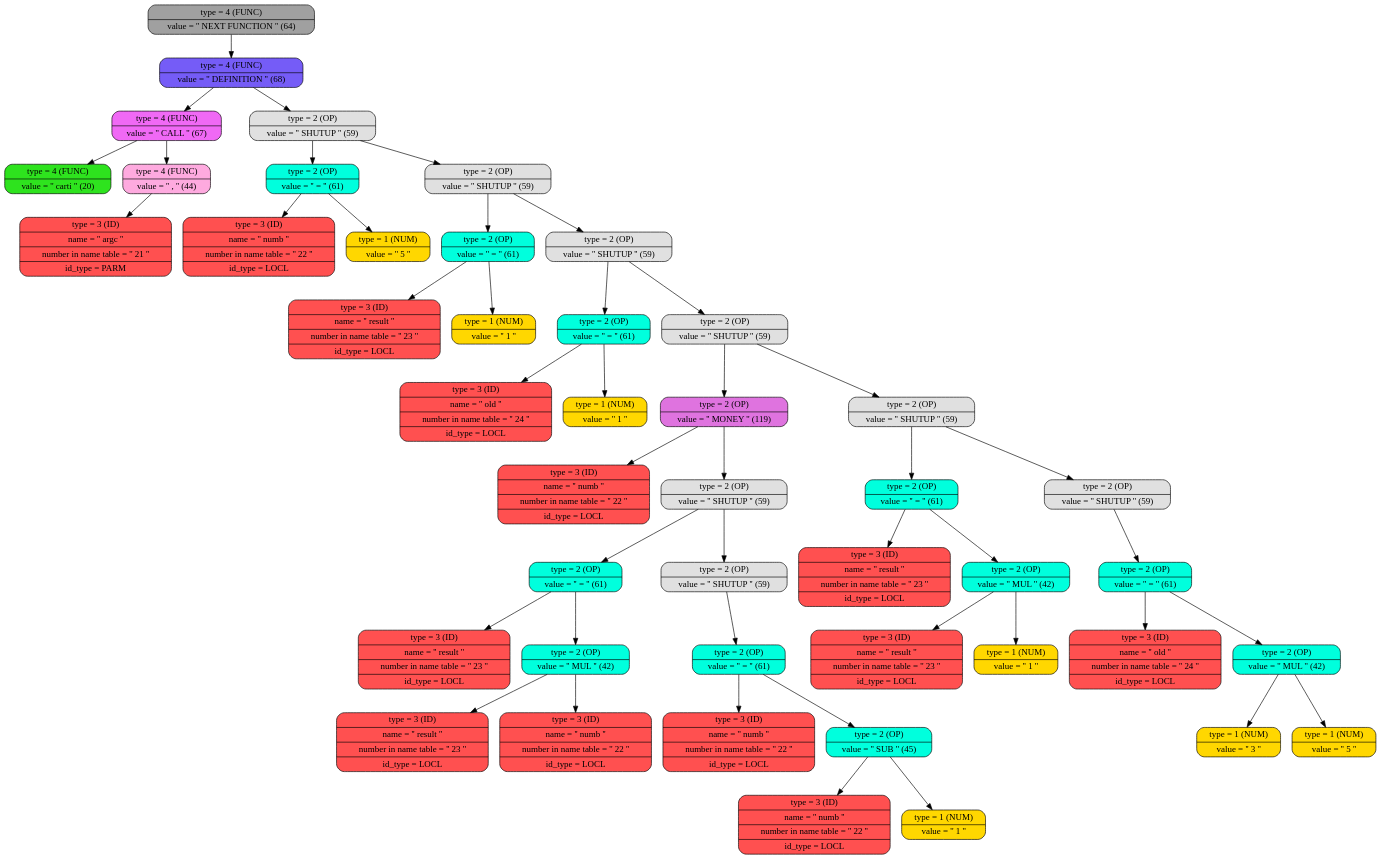
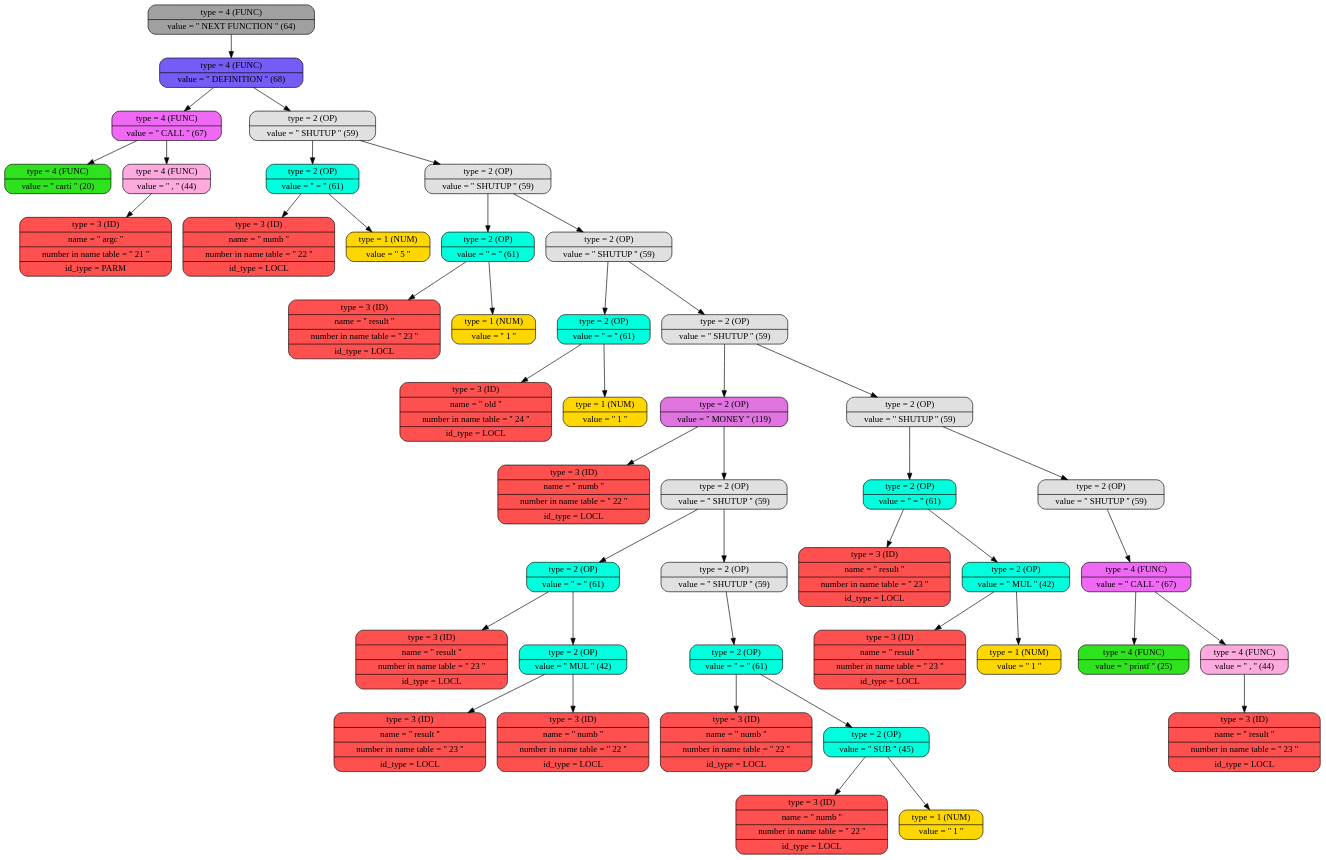
One commit to daniilgriga/MyProgrammingLanguage changed the diagram in log/graph_tree.dot. Above: the diagram before and after it, drawn with Graphviz. The commit also changed 14 other files, not shown here.

```diff
--- a/log/graph_tree.dot
+++ b/log/graph_tree.dot
@@ -1,94 +1,92 @@
 digraph
 {
 bgcolor="transparent"
-node0x503000000880 [shape=Mrecord; label = " { type = 4 (FUNC) | value = '' NEXT FUNCTION ''  (64) }"; style = filled; fillcolor = "#A0A0A0"];
-node0x503000000880 -> node0x503000000850;
-node0x503000000850 [shape=Mrecord; label = " { type = 4 (FUNC) | value = '' DEFINITION ''  (68) }"; style = filled; fillcolor = "#755CF7"];
-node0x503000000850 -> node0x5030000000d0;
-node0x503000000850 -> node0x503000000190;
+node0x503000000850 [shape=Mrecord; label = " { type = 4 (FUNC) | value = '' NEXT FUNCTION ''  (64) }"; style = filled; fillcolor = "#A0A0A0"];
+node0x503000000850 -> node0x503000000820;
+node0x503000000820 [shape=Mrecord; label = " { type = 4 (FUNC) | value = '' DEFINITION ''  (68) }"; style = filled; fillcolor = "#755CF7"];
+node0x503000000820 -> node0x5030000000d0;
+node0x503000000820 -> node0x503000000190;
 node0x5030000000d0 [shape=Mrecord; label = " { type = 4 (FUNC) | value = '' CALL ''  (67) }"; style = filled; fillcolor = "#F069F5"];
 node0x5030000000d0 -> node0x503000000040;
 node0x5030000000d0 -> node0x5030000000a0;
 node0x503000000040 [shape=Mrecord; label = " { type = 4 (FUNC) | value = '' carti ''  (20) }"; style = filled; fillcolor = "#2EE31E"];
 node0x5030000000a0 [shape=Mrecord; label = " { type = 4 (FUNC) | value = '' , ''  (44) }"; style = filled; fillcolor = "#FEAADF"];
 node0x5030000000a0 -> node0x503000000070;
 node0x503000000070 [shape=Mrecord; label = " { type = 3 (ID)  | name = '' argc '' | number in name table = '' 21 '' | id_type = PARM }"; style = filled; fillcolor = "#FF5050"];
 node0x503000000190 [shape=Mrecord; label = " { type = 2 (OP)   | value = '' SHUTUP ''  (59) }"; style = filled; fillcolor = "#E0E0E0"];
 node0x503000000190 -> node0x503000000160;
 node0x503000000190 -> node0x503000000250;
 node0x503000000160 [shape=Mrecord; label = " { type = 2 (OP)   | value = '' = ''  (61) }"; style = filled; fillcolor = "#00FFDD"];
 node0x503000000160 -> node0x503000000100;
 node0x503000000160 -> node0x503000000130;
 node0x503000000100 [shape=Mrecord; label = " { type = 3 (ID)  | name = '' numb '' | number in name table = '' 22 '' | id_type = LOCL }"; style = filled; fillcolor = "#FF5050"];
 node0x503000000130 [shape=Mrecord; label = " { type = 1 (NUM)  | value = '' 5 '' }"; style = filled; fillcolor = "#FFD700"];
 node0x503000000250 [shape=Mrecord; label = " { type = 2 (OP)   | value = '' SHUTUP ''  (59) }"; style = filled; fillcolor = "#E0E0E0"];
 node0x503000000250 -> node0x503000000220;
 node0x503000000250 -> node0x503000000310;
 node0x503000000220 [shape=Mrecord; label = " { type = 2 (OP)   | value = '' = ''  (61) }"; style = filled; fillcolor = "#00FFDD"];
 node0x503000000220 -> node0x5030000001c0;
 node0x503000000220 -> node0x5030000001f0;
 node0x5030000001c0 [shape=Mrecord; label = " { type = 3 (ID)  | name = '' result '' | number in name table = '' 23 '' | id_type = LOCL }"; style = filled; fillcolor = "#FF5050"];
 node0x5030000001f0 [shape=Mrecord; label = " { type = 1 (NUM)  | value = '' 1 '' }"; style = filled; fillcolor = "#FFD700"];
 node0x503000000310 [shape=Mrecord; label = " { type = 2 (OP)   | value = '' SHUTUP ''  (59) }"; style = filled; fillcolor = "#E0E0E0"];
 node0x503000000310 -> node0x5030000002e0;
 node0x503000000310 -> node0x5030000005e0;
 node0x5030000002e0 [shape=Mrecord; label = " { type = 2 (OP)   | value = '' = ''  (61) }"; style = filled; fillcolor = "#00FFDD"];
 node0x5030000002e0 -> node0x503000000280;
 node0x5030000002e0 -> node0x5030000002b0;
 node0x503000000280 [shape=Mrecord; label = " { type = 3 (ID)  | name = '' old '' | number in name table = '' 24 '' | id_type = LOCL }"; style = filled; fillcolor = "#FF5050"];
 node0x5030000002b0 [shape=Mrecord; label = " { type = 1 (NUM)  | value = '' 1 '' }"; style = filled; fillcolor = "#FFD700"];
 node0x5030000005e0 [shape=Mrecord; label = " { type = 2 (OP)   | value = '' SHUTUP ''  (59) }"; style = filled; fillcolor = "#E0E0E0"];
 node0x5030000005e0 -> node0x5030000005b0;
 node0x5030000005e0 -> node0x503000000700;
 node0x5030000005b0 [shape=Mrecord; label = " { type = 2 (OP)   | value = '' MONEY ''  (119) }"; style = filled; fillcolor = "#DF73DF"];
 node0x5030000005b0 -> node0x503000000340;
 node0x5030000005b0 -> node0x503000000460;
 node0x503000000340 [shape=Mrecord; label = " { type = 3 (ID)  | name = '' numb '' | number in name table = '' 22 '' | id_type = LOCL }"; style = filled; fillcolor = "#FF5050"];
 node0x503000000460 [shape=Mrecord; label = " { type = 2 (OP)   | value = '' SHUTUP ''  (59) }"; style = filled; fillcolor = "#E0E0E0"];
 node0x503000000460 -> node0x503000000430;
 node0x503000000460 -> node0x503000000580;
 node0x503000000430 [shape=Mrecord; label = " { type = 2 (OP)   | value = '' = ''  (61) }"; style = filled; fillcolor = "#00FFDD"];
 node0x503000000430 -> node0x503000000370;
 node0x503000000430 -> node0x503000000400;
 node0x503000000370 [shape=Mrecord; label = " { type = 3 (ID)  | name = '' result '' | number in name table = '' 23 '' | id_type = LOCL }"; style = filled; fillcolor = "#FF5050"];
 node0x503000000400 [shape=Mrecord; label = " { type = 2 (OP)   | value = '' MUL ''  (42) }"; style = filled; fillcolor = "#00FFDD"];
 node0x503000000400 -> node0x5030000003a0;
 node0x503000000400 -> node0x5030000003d0;
 node0x5030000003a0 [shape=Mrecord; label = " { type = 3 (ID)  | name = '' result '' | number in name table = '' 23 '' | id_type = LOCL }"; style = filled; fillcolor = "#FF5050"];
 node0x5030000003d0 [shape=Mrecord; label = " { type = 3 (ID)  | name = '' numb '' | number in name table = '' 22 '' | id_type = LOCL }"; style = filled; fillcolor = "#FF5050"];
 node0x503000000580 [shape=Mrecord; label = " { type = 2 (OP)   | value = '' SHUTUP ''  (59) }"; style = filled; fillcolor = "#E0E0E0"];
 node0x503000000580 -> node0x503000000550;
 node0x503000000550 [shape=Mrecord; label = " { type = 2 (OP)   | value = '' = ''  (61) }"; style = filled; fillcolor = "#00FFDD"];
 node0x503000000550 -> node0x503000000490;
 node0x503000000550 -> node0x503000000520;
 node0x503000000490 [shape=Mrecord; label = " { type = 3 (ID)  | name = '' numb '' | number in name table = '' 22 '' | id_type = LOCL }"; style = filled; fillcolor = "#FF5050"];
 node0x503000000520 [shape=Mrecord; label = " { type = 2 (OP)   | value = '' SUB ''  (45) }"; style = filled; fillcolor = "#00FFDD"];
 node0x503000000520 -> node0x5030000004c0;
 node0x503000000520 -> node0x5030000004f0;
 node0x5030000004c0 [shape=Mrecord; label = " { type = 3 (ID)  | name = '' numb '' | number in name table = '' 22 '' | id_type = LOCL }"; style = filled; fillcolor = "#FF5050"];
 node0x5030000004f0 [shape=Mrecord; label = " { type = 1 (NUM)  | value = '' 1 '' }"; style = filled; fillcolor = "#FFD700"];
 node0x503000000700 [shape=Mrecord; label = " { type = 2 (OP)   | value = '' SHUTUP ''  (59) }"; style = filled; fillcolor = "#E0E0E0"];
 node0x503000000700 -> node0x5030000006d0;
-node0x503000000700 -> node0x503000000820;
+node0x503000000700 -> node0x5030000007f0;
 node0x5030000006d0 [shape=Mrecord; label = " { type = 2 (OP)   | value = '' = ''  (61) }"; style = filled; fillcolor = "#00FFDD"];
 node0x5030000006d0 -> node0x503000000610;
 node0x5030000006d0 -> node0x5030000006a0;
 node0x503000000610 [shape=Mrecord; label = " { type = 3 (ID)  | name = '' result '' | number in name table = '' 23 '' | id_type = LOCL }"; style = filled; fillcolor = "#FF5050"];
 node0x5030000006a0 [shape=Mrecord; label = " { type = 2 (OP)   | value = '' MUL ''  (42) }"; style = filled; fillcolor = "#00FFDD"];
 node0x5030000006a0 -> node0x503000000640;
 node0x5030000006a0 -> node0x503000000670;
 node0x503000000640 [shape=Mrecord; label = " { type = 3 (ID)  | name = '' result '' | number in name table = '' 23 '' | id_type = LOCL }"; style = filled; fillcolor = "#FF5050"];
 node0x503000000670 [shape=Mrecord; label = " { type = 1 (NUM)  | value = '' 1 '' }"; style = filled; fillcolor = "#FFD700"];
-node0x503000000820 [shape=Mrecord; label = " { type = 2 (OP)   | value = '' SHUTUP ''  (59) }"; style = filled; fillcolor = "#E0E0E0"];
-node0x503000000820 -> node0x5030000007f0;
-node0x5030000007f0 [shape=Mrecord; label = " { type = 2 (OP)   | value = '' = ''  (61) }"; style = filled; fillcolor = "#00FFDD"];
-node0x5030000007f0 -> node0x503000000730;
+node0x5030000007f0 [shape=Mrecord; label = " { type = 2 (OP)   | value = '' SHUTUP ''  (59) }"; style = filled; fillcolor = "#E0E0E0"];
 node0x5030000007f0 -> node0x5030000007c0;
-node0x503000000730 [shape=Mrecord; label = " { type = 3 (ID)  | name = '' old '' | number in name table = '' 24 '' | id_type = LOCL }"; style = filled; fillcolor = "#FF5050"];
-node0x5030000007c0 [shape=Mrecord; label = " { type = 2 (OP)   | value = '' MUL ''  (42) }"; style = filled; fillcolor = "#00FFDD"];
-node0x5030000007c0 -> node0x503000000760;
+node0x5030000007c0 [shape=Mrecord; label = " { type = 4 (FUNC) | value = '' CALL ''  (67) }"; style = filled; fillcolor = "#F069F5"];
+node0x5030000007c0 -> node0x503000000730;
 node0x5030000007c0 -> node0x503000000790;
-node0x503000000760 [shape=Mrecord; label = " { type = 1 (NUM)  | value = '' 3 '' }"; style = filled; fillcolor = "#FFD700"];
-node0x503000000790 [shape=Mrecord; label = " { type = 1 (NUM)  | value = '' 5 '' }"; style = filled; fillcolor = "#FFD700"];
+node0x503000000730 [shape=Mrecord; label = " { type = 4 (FUNC) | value = '' printf ''  (25) }"; style = filled; fillcolor = "#2EE31E"];
+node0x503000000790 [shape=Mrecord; label = " { type = 4 (FUNC) | value = '' , ''  (44) }"; style = filled; fillcolor = "#FEAADF"];
+node0x503000000790 -> node0x503000000760;
+node0x503000000760 [shape=Mrecord; label = " { type = 3 (ID)  | name = '' result '' | number in name table = '' 23 '' | id_type = LOCL }"; style = filled; fillcolor = "#FF5050"];
 
 }
```
